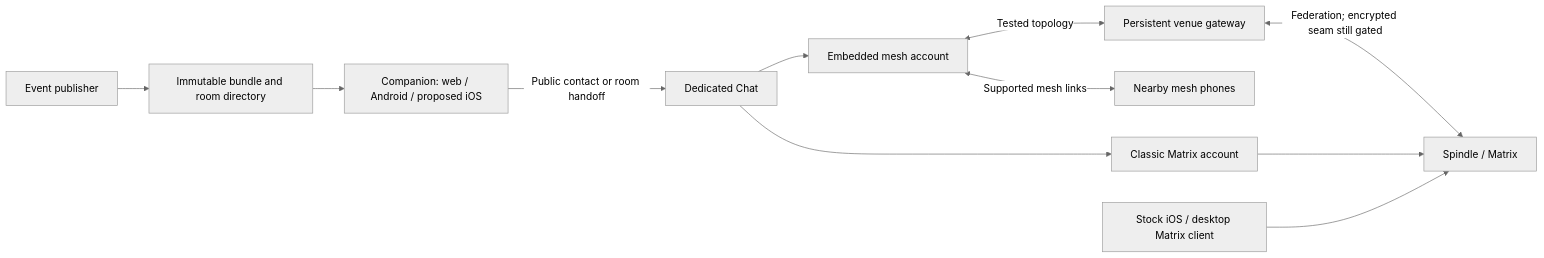
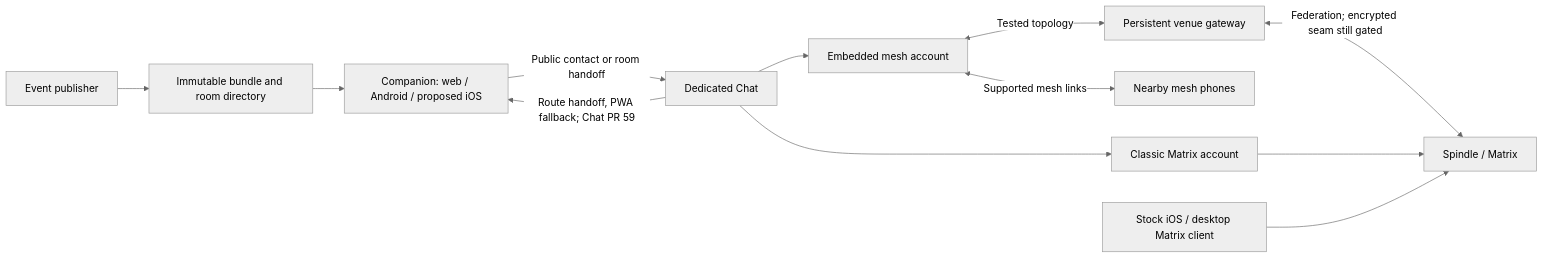
The diagram in docs/architecture/system.md (hanthor/indiafoss-companion), drawn with Mermaid (neutral theme) before and after one commit. The commit also changed other lines of this file and 8 other files, not shown here.

First line of the commit message:
Reconcile the architecture and status documents with what merged on 10 September 2026

````diff
--- a/docs/architecture/system.md
+++ b/docs/architecture/system.md
@@ -25,13 +45,14 @@
 ```mermaid
 flowchart LR
   Publisher[Event publisher] --> Bundle[Immutable bundle and room directory]
   Bundle --> Companion[Companion: web / Android / proposed iOS]
   Companion -->|Public contact or room handoff| Chat[Dedicated Chat]
+  Chat -->|Route handoff, PWA fallback; Chat PR 59| Companion
   Chat --> Classic[Classic Matrix account]
   Chat --> Node[Embedded mesh account]
   Node <-->|Supported mesh links| Peer[Nearby mesh phones]
   Node <-->|Tested topology| Gateway[Persistent venue gateway]
   Gateway <-->|Federation; encrypted seam still gated| Server[Spindle / Matrix]
   Classic --> Server
   Stock[Stock iOS / desktop Matrix client] --> Server
 ```
````
